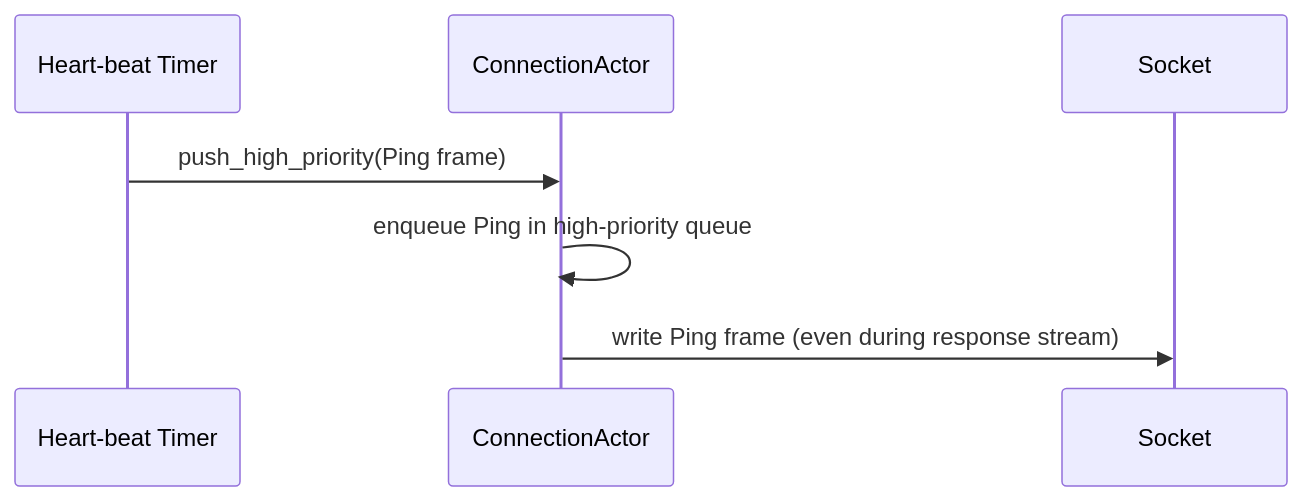
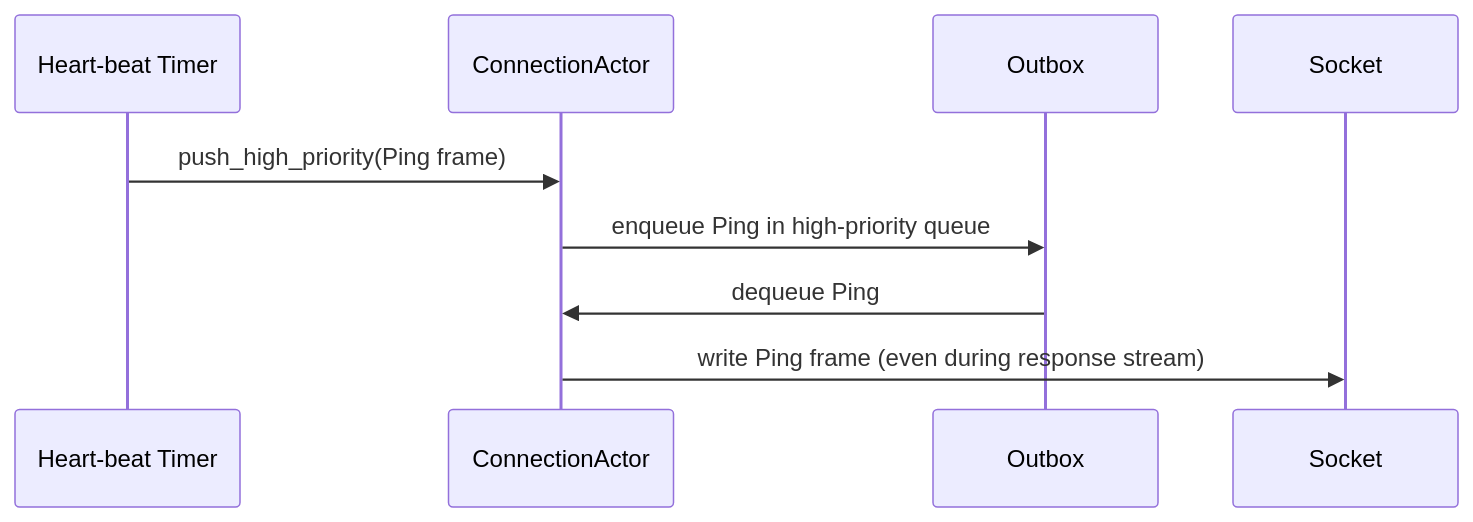
One commit to leynos/wireframe changed the sixth of 7 diagrams in docs/asynchronous-outbound-messaging-design.md. Above: the diagram before and after it, drawn with Mermaid. The commit also changed other lines of this file, not shown here.

Commit message:
Clarify connection actor diagrams

````diff
--- a/docs/asynchronous-outbound-messaging-design.md
+++ b/docs/asynchronous-outbound-messaging-design.md
@@ -436,9 +442,11 @@
 ```mermaid
 sequenceDiagram
     participant Timer as Heart-beat Timer
     participant ConnectionActor
+    participant Outbox
     participant Socket
     Timer->>ConnectionActor: push_high_priority(Ping frame)
-    ConnectionActor->>ConnectionActor: enqueue Ping in high-priority queue
+    ConnectionActor->>Outbox: enqueue Ping in high-priority queue
+    Outbox->>ConnectionActor: dequeue Ping
     ConnectionActor->>Socket: write Ping frame (even during response stream)
 ```
````
